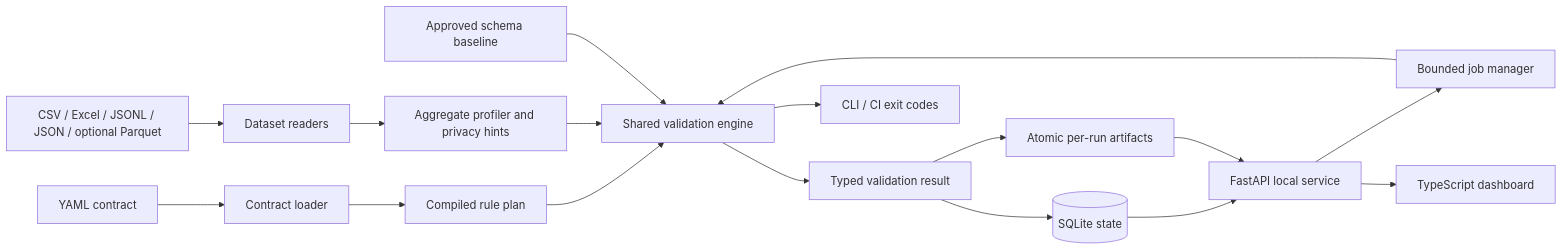
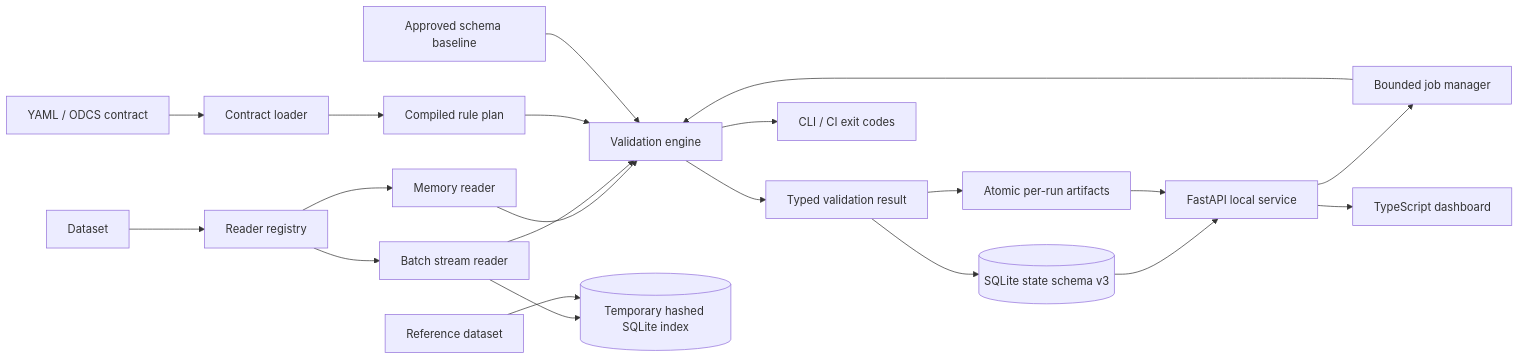
Before and after one commit to Jnapier2/data-contract-monitor: the diagram in docs/ARCHITECTURE.md, drawn with Mermaid. The commit also changed other lines of this file and 98 other files, not shown here.

Commit message:
Release Data Contract Monitor v0.3.3

````diff
--- a/docs/ARCHITECTURE.md
+++ b/docs/ARCHITECTURE.md
@@ -9,19 +9,23 @@
 ```mermaid
 flowchart LR
-    Contract[YAML contract] --> Loader[Contract loader]
+    Contract[YAML / ODCS contract] --> Loader[Contract loader]
     Loader --> Plan[Compiled rule plan]
-    Data[CSV / Excel / JSONL / JSON / optional Parquet] --> Reader[Dataset readers]
-    Reader --> Profile[Aggregate profiler and privacy hints]
-    Plan --> Engine[Shared validation engine]
-    Profile --> Engine
+    Data[Dataset] --> Readers[Reader registry]
+    Readers --> Mem[Memory reader]
+    Readers --> Stream[Batch stream reader]
+    Mem --> Engine[Validation engine]
+    Stream --> Engine
+    Stream --> Disk[(Temporary hashed SQLite index)]
+    Ref[Reference dataset] --> Disk
+    Plan --> Engine
     Baseline[Approved schema baseline] --> Engine
     Engine --> Result[Typed validation result]
-    Result --> Store[(SQLite state)]
+    Result --> Store[(SQLite state schema v3)]
     Result --> Artifacts[Atomic per-run artifacts]
     API[FastAPI local service] --> Jobs[Bounded job manager]
     Jobs --> Engine
     Store --> API
     Artifacts --> API
     API --> UI[TypeScript dashboard]
     Engine --> CLI[CLI / CI exit codes]
 ```
````
